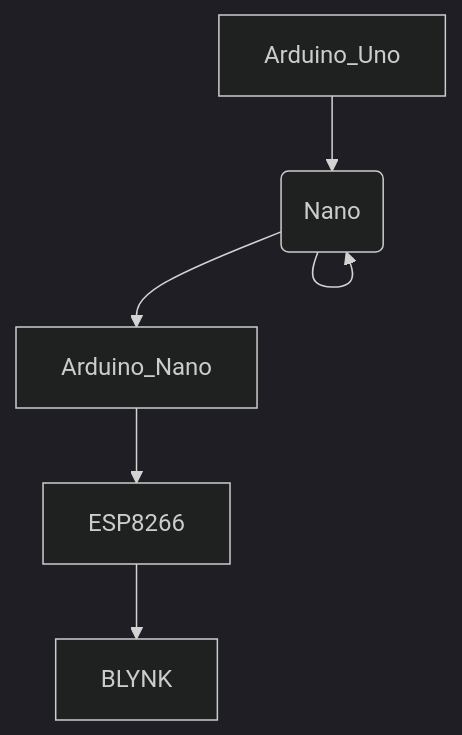
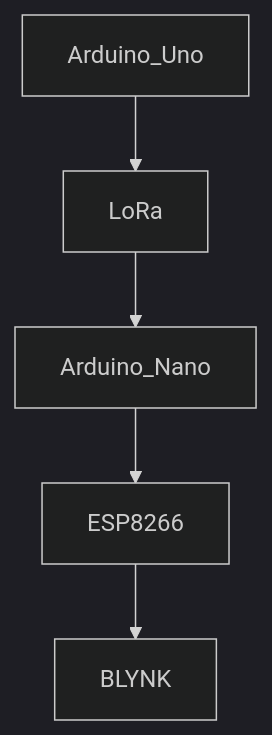
Before and after one commit to william60302/IoT_Team2: the diagram in README.md, drawn with Mermaid (dark theme).

````diff
--- a/README.md
+++ b/README.md
@@ -26,8 +26,7 @@
 ```mermaid
 graph TD;
-    Arduino_Uno-->LoRa(Uno);
-    LoRa(Uno)-->LoRa(Nano);
-    LoRa(Nano)-->Arduino_Nano;
+    Arduino_Uno-->LoRa;
+    LoRa-->Arduino_Nano;
     Arduino_Nano-->ESP8266;
     ESP8266-->BLYNK
 ```
````
